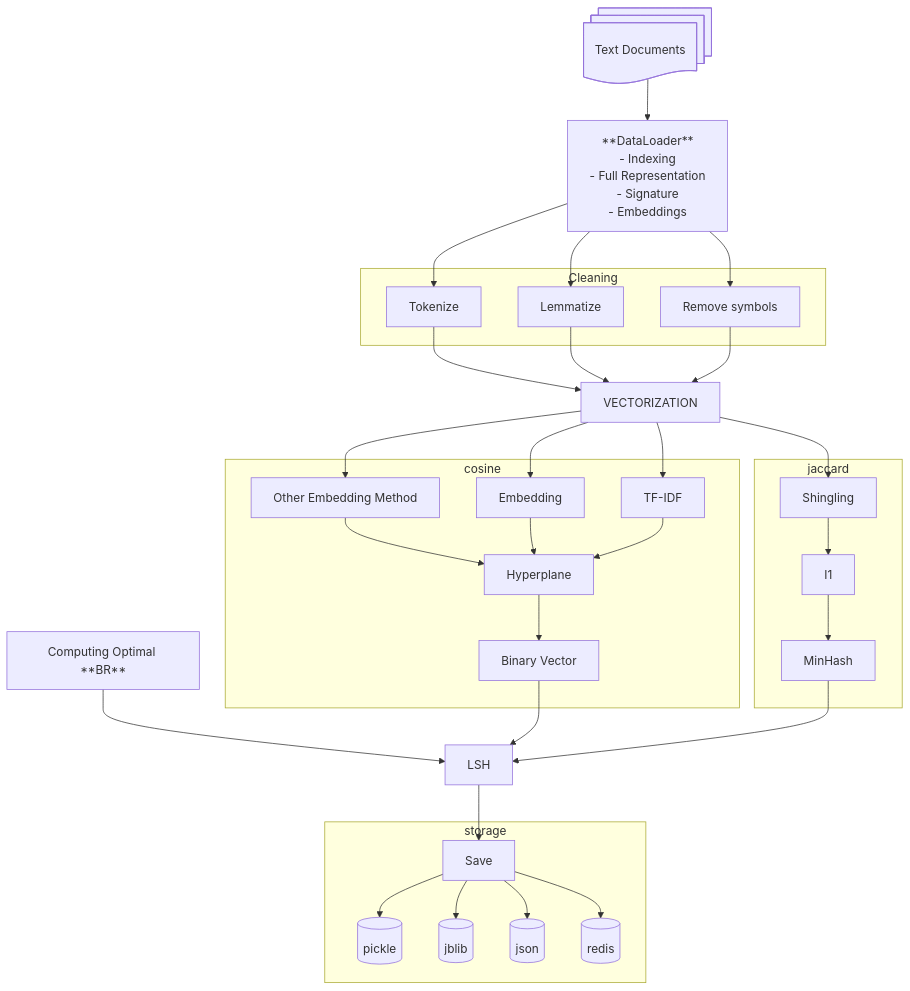
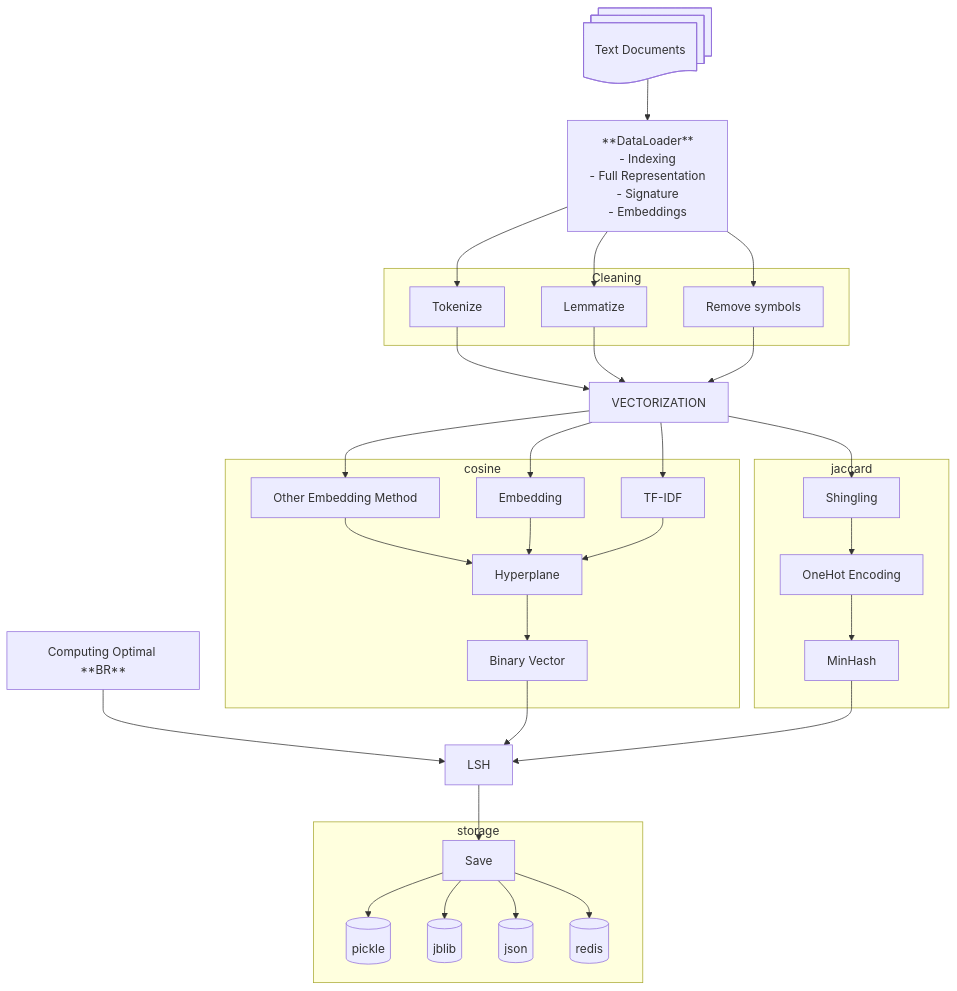
The diagram in README.md (mxngjxa/lshrs), drawn with Mermaid before and after one commit.

Commit message:
onehot encoding

````diff
--- a/README.md
+++ b/README.md
@@ -1,75 +1,75 @@
 ```mermaid
 ---
 config:
   layout: dagre
 ---
 flowchart TD
 
     A["Text Documents"]
     A --> B["**DataLoader**
     - Indexing
     - Full Representation
     - Signature
     - Embeddings"]
 
     B --> C & D & E
 
 
     subgraph Cleaning
     C["Tokenize"]
     D["Lemmatize"]
     E["Remove symbols"]
     end
 
         C --> F["VECTORIZATION"]
 
 
 
     D --> F
     E --> F
 
 
     F --> G1 & G2 & G3 & G4
 
     G1["Shingling"]
 
     subgraph cosine
       G2["TF-IDF"]
       G4["Embedding"]
       G3["Other Embedding Method"]
       G3 --> H2["Hyperplane"]
       G4 --> H2
           G2 --> H2
 
     H2 --> K2["Binary Vector"]
 
     end
 
     subgraph jaccard
-    G1 --> I1
+    G1 --> I1["OneHot Encoding"]
     I1 --> I2["MinHash"]
     end
 
     N["Computing Optimal **BR**"] --> K1["LSH"]
 
     K2 --> K1
     I2 --> K1
 
 
 
     K1 --> L1["Save"]
 
     subgraph storage
     L1 --> M1 & M2 & M3 & M4
     end
     
     M1[("pickle")]
     M2[("jblib")]
     M3[("json")]
     M4[("redis")]
     
 
 
 
     A@{ shape: docs}
 ```
````
